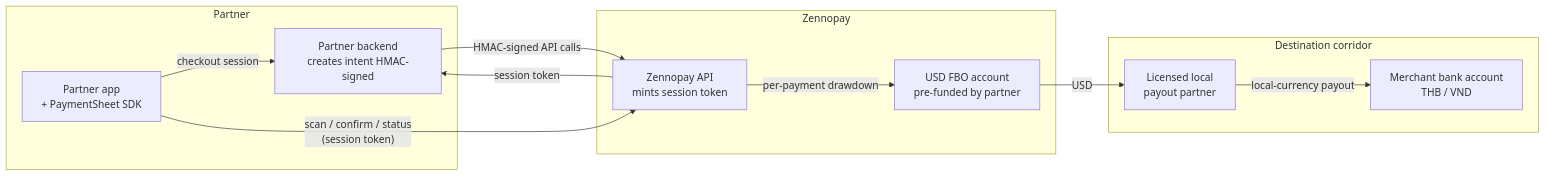
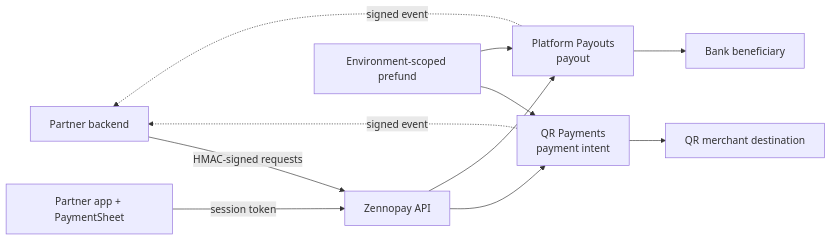
The diagram in how-zennopay-works.mdx (Zennopay/zennopay-docs), drawn with Mermaid before and after one commit. The commit also changed other lines of this file and 38 other files, not shown here.

First line of the commit message:
docs: add QR Payments and Platform Payouts guides (#6)

````diff
--- a/how-zennopay-works.mdx
+++ b/how-zennopay-works.mdx
@@ -12,23 +20,13 @@
 ```mermaid
 flowchart LR
-    subgraph Partner
-        App[Partner app<br/>+ PaymentSheet SDK]
-        BE[Partner backend<br/>creates intent HMAC-signed]
-    end
-    subgraph Zennopay
-        API[Zennopay API<br/>mints session token]
-        FBO[USD FBO account<br/>pre-funded by partner]
-    end
-    subgraph Corridor [Destination corridor]
-        Rail[Licensed local<br/>payout partner]
-        M[Merchant bank account<br/>THB / VND]
-    end
-
-    App -- "checkout session" --> BE
-    BE -- "HMAC-signed API calls" --> API
-    API -- "session token" --> BE
-    App -- "scan / confirm / status<br/>(session token)" --> API
-    API -- "per-payment drawdown" --> FBO
-    FBO -- "USD" --> Rail
-    Rail -- "local-currency payout" --> M
+    Partner[Partner backend] -->|HMAC-signed requests| API[Zennopay API]
+    App[Partner app + PaymentSheet] -->|session token| API
+    API --> QR[QR Payments<br/>payment intent]
+    API --> PP[Platform Payouts<br/>payout]
+    QR --> Merchant[QR merchant destination]
+    PP --> Beneficiary[Bank beneficiary]
+    Prefund[Environment-scoped prefund] --> QR
+    Prefund --> PP
+    QR -. signed event .-> Partner
+    PP -. signed event .-> Partner
 ```
````
